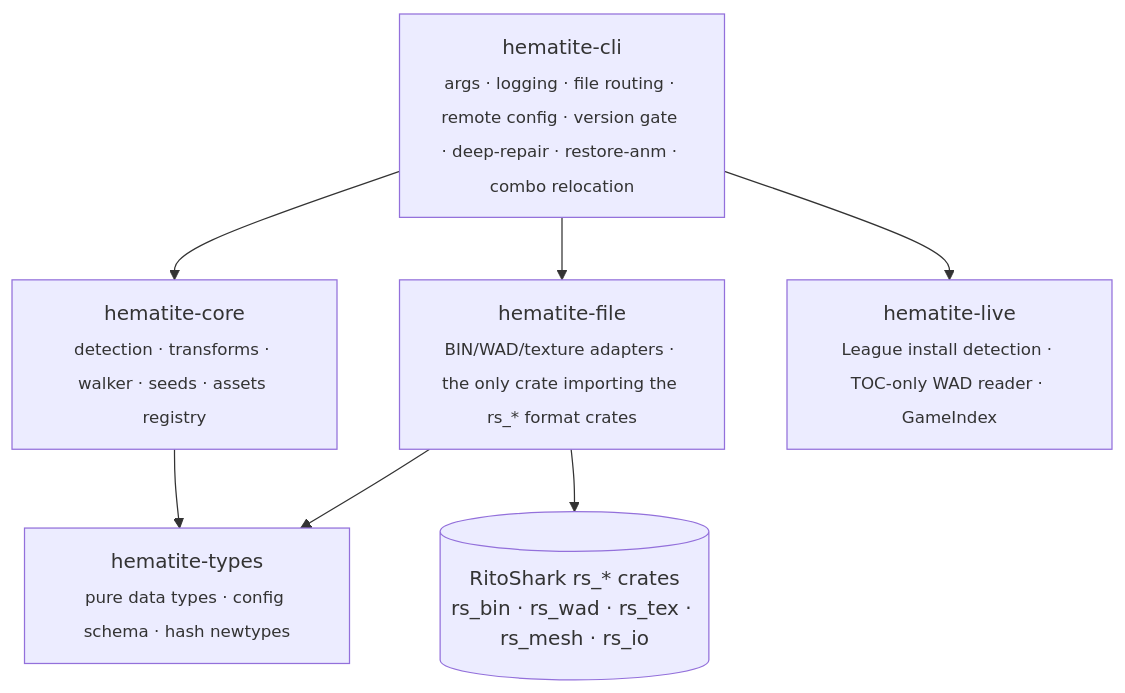
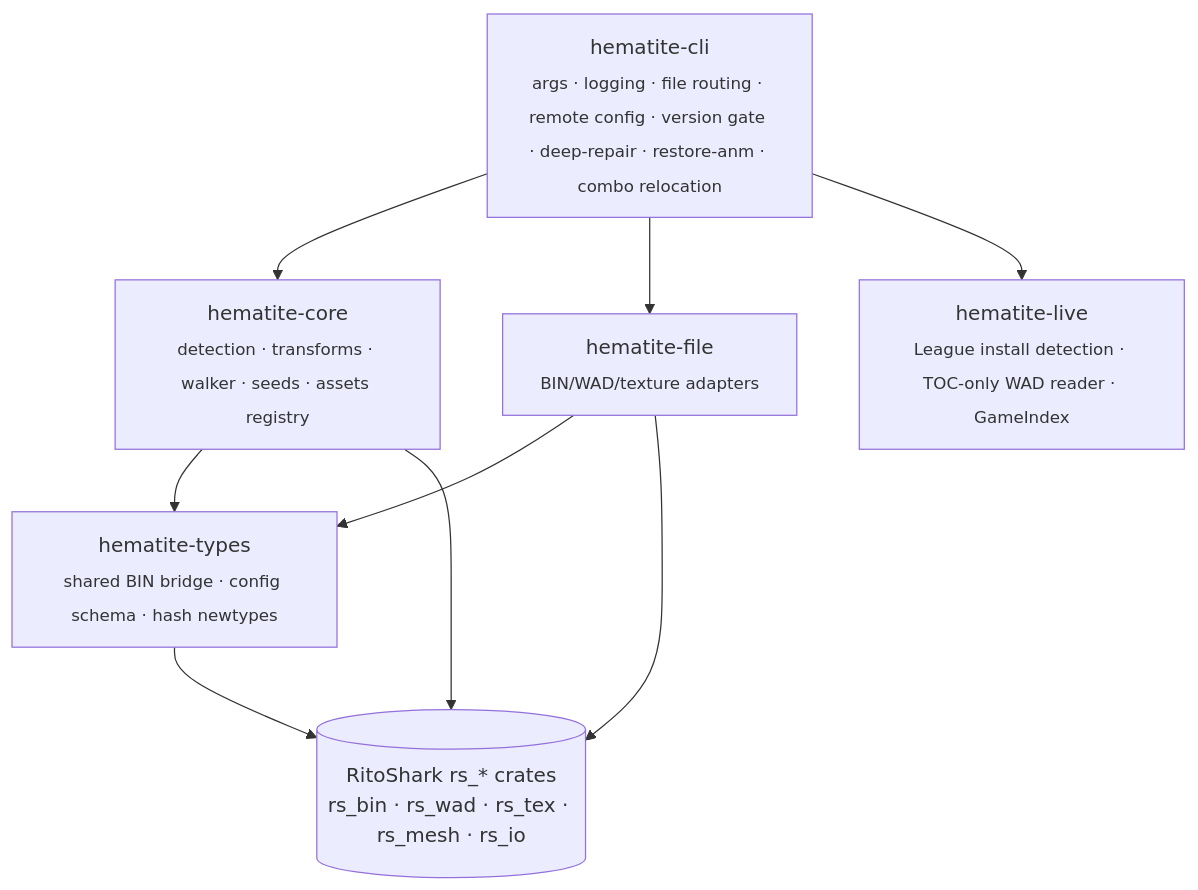
Before and after one commit to RitoShark/Hematite: the first of 2 diagrams in DEVELOPER.md, drawn with Mermaid. The commit also changed other lines of this file and 28 other files, not shown here.

````diff
--- a/DEVELOPER.md
+++ b/DEVELOPER.md
@@ -41,16 +40,18 @@
 ```mermaid
 graph TD
     CLI[hematite-cli<br/><sub>args · logging · file routing · remote config · version gate · deep-repair · restore-anm · combo relocation</sub>]
     CORE[hematite-core<br/><sub>detection · transforms · walker · seeds · assets registry</sub>]
-    FILE[hematite-file<br/><sub>BIN/WAD/texture adapters · the only crate importing the rs_* format crates</sub>]
-    TYPES[hematite-types<br/><sub>pure data types · config schema · hash newtypes</sub>]
+    FILE[hematite-file<br/><sub>BIN/WAD/texture adapters</sub>]
+    TYPES[hematite-types<br/><sub>shared BIN bridge · config schema · hash newtypes</sub>]
     LIVE[hematite-live<br/><sub>League install detection · TOC-only WAD reader · GameIndex</sub>]
     LEAGUE[("RitoShark rs_* crates<br/>rs_bin · rs_wad · rs_tex · rs_mesh · rs_io")]
 
     CLI --> CORE
     CLI --> FILE
     CLI --> LIVE
     CORE --> TYPES
     FILE --> TYPES
     FILE --> LEAGUE
+    CORE --> LEAGUE
+    TYPES --> LEAGUE
 ```
````
